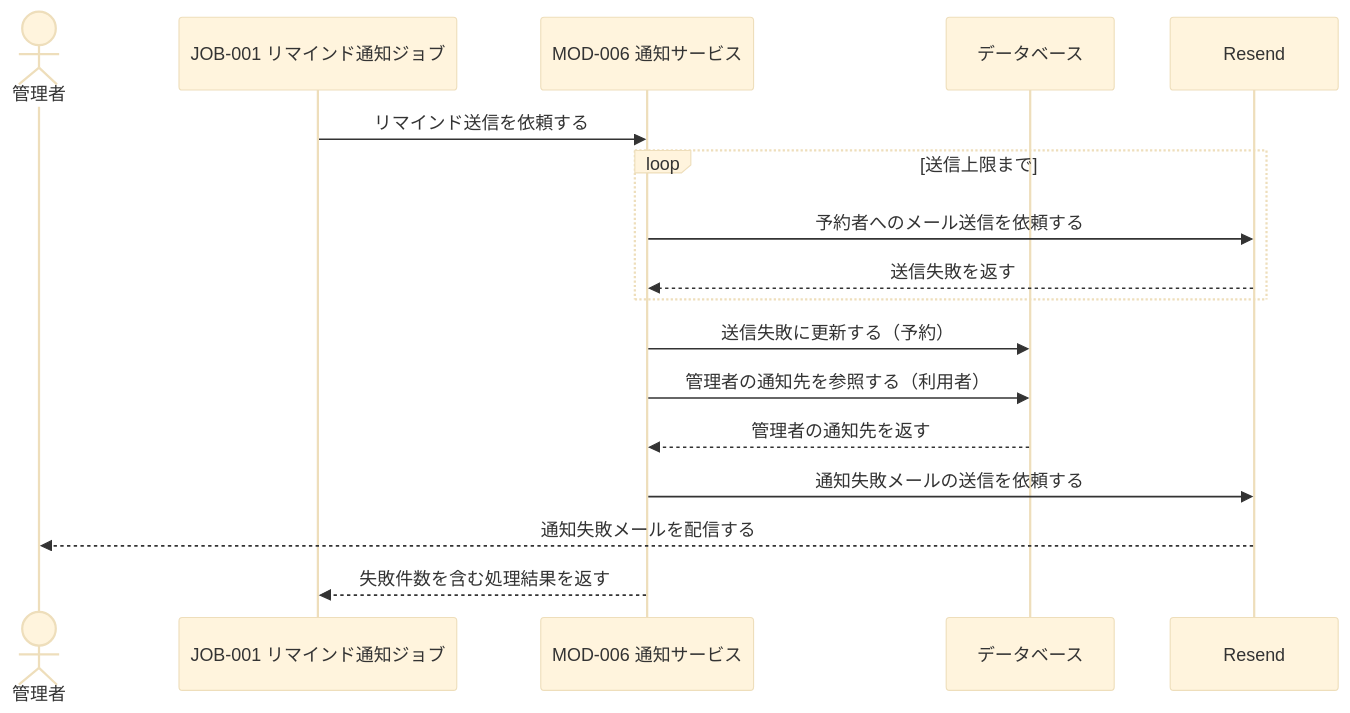
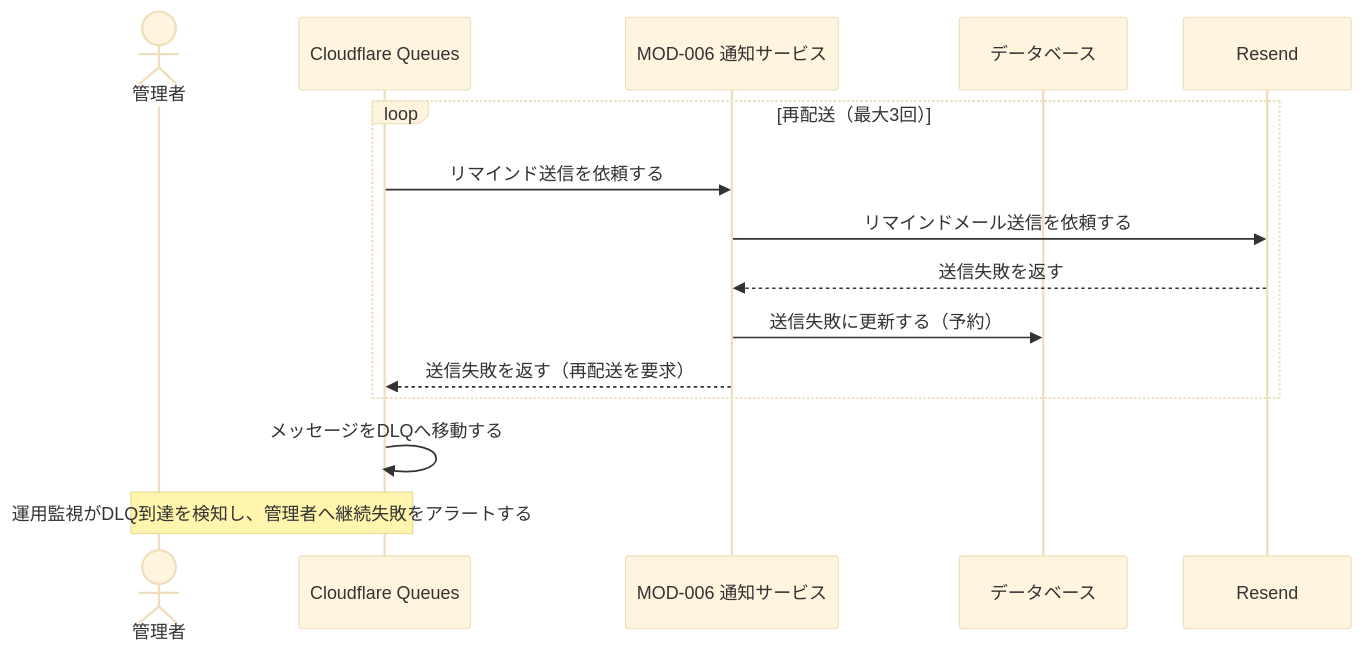
Before and after one commit to sikakou54/system-document-template: the third of 3 diagrams in docs/03_機能設計/02_シーケンス設計/SEQ-002_予約リマインド通知シーケンス.md, drawn with Mermaid (base theme). The commit also changed other lines of this file and 99 other files, not shown here.

````diff
--- a/docs/03_機能設計/02_シーケンス設計/SEQ-002_予約リマインド通知シーケンス.md
+++ b/docs/03_機能設計/02_シーケンス設計/SEQ-002_予約リマインド通知シーケンス.md
@@ -90,20 +98,18 @@
 ```mermaid
 sequenceDiagram
     actor ADMIN as 管理者
-    participant JOB as JOB-001 リマインド通知ジョブ
+    participant QUEUE as Cloudflare Queues
     participant MOD as MOD-006 通知サービス
     participant DB as データベース
     participant MAIL as Resend
 
-    JOB->>MOD: リマインド送信を依頼する
-    loop 送信上限まで
-        MOD->>MAIL: 予約者へのメール送信を依頼する
+    loop 再配送（最大3回）
+        QUEUE->>MOD: リマインド送信を依頼する
+        MOD->>MAIL: リマインドメール送信を依頼する
         MAIL-->>MOD: 送信失敗を返す
+        MOD->>DB: 送信失敗に更新する（予約）
+        MOD-->>QUEUE: 送信失敗を返す（再配送を要求）
     end
-    MOD->>DB: 送信失敗に更新する（予約）
-    MOD->>DB: 管理者の通知先を参照する（利用者）
-    DB-->>MOD: 管理者の通知先を返す
-    MOD->>MAIL: 通知失敗メールの送信を依頼する
-    MAIL-->>ADMIN: 通知失敗メールを配信する
-    MOD-->>JOB: 失敗件数を含む処理結果を返す
+    QUEUE->>QUEUE: メッセージをDLQへ移動する
+    Note over QUEUE,ADMIN: 運用監視がDLQ到達を検知し、管理者へ継続失敗をアラートする
 ```
````
